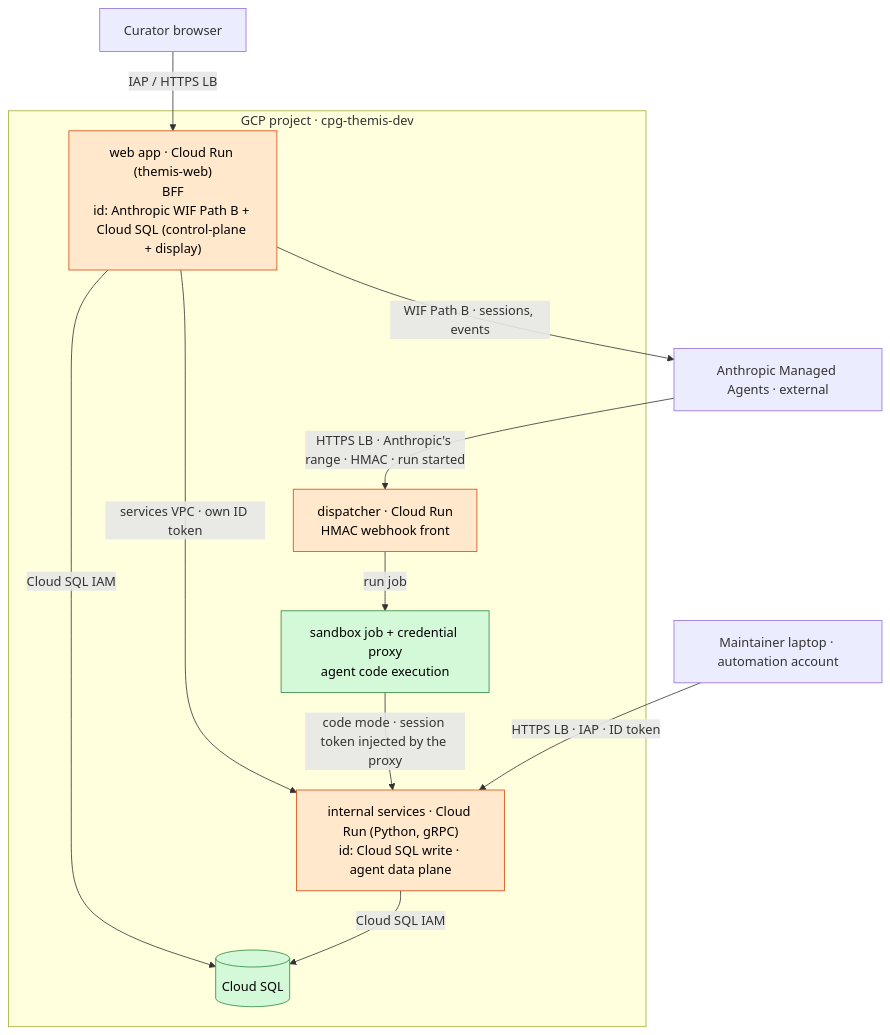
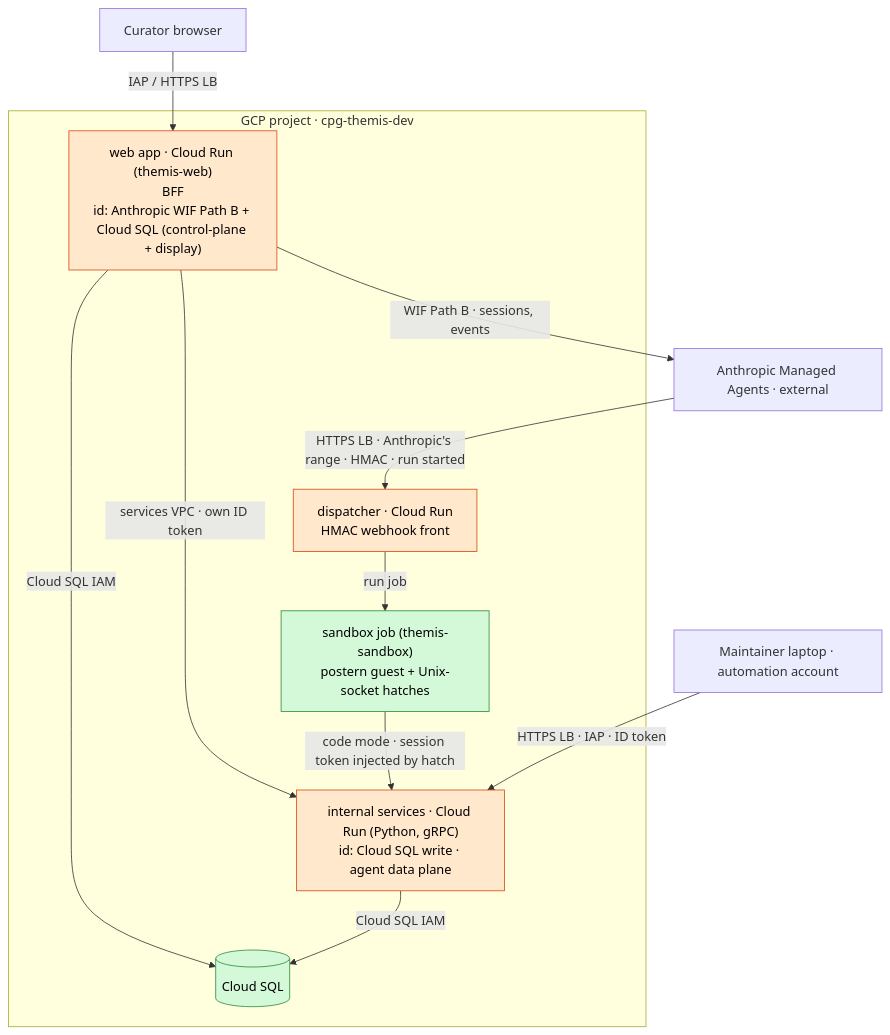
Before and after one commit to populationgenomics/themis: the diagram in docs/design/spike-infrastructure.md, drawn with Mermaid. The commit also changed other lines of this file and 2 other files, not shown here.

First line of the commit message:
docs(design): align sandbox isolation and dispatcher scope across design docs (Area 7) (#880)

````diff
--- a/docs/design/spike-infrastructure.md
+++ b/docs/design/spike-infrastructure.md
@@ -199,27 +201,27 @@
 ```mermaid
 flowchart TB
   browser["Curator browser"]
   ma["Anthropic Managed Agents · external"]
   operator["Maintainer laptop · automation account"]
   subgraph gcp["GCP project · cpg-themis-dev"]
     web["web app · Cloud Run (themis-web)<br/>BFF<br/>id: Anthropic WIF Path B + Cloud SQL (control-plane + display)"]
     disp["dispatcher · Cloud Run<br/>HMAC webhook front"]
-    sandbox["sandbox job + credential proxy<br/>agent code execution"]
+    sandbox["sandbox job (themis-sandbox)<br/>postern guest + Unix-socket hatches"]
     svc["internal services · Cloud Run (Python, gRPC)<br/>id: Cloud SQL write · agent data plane"]
     sql[("Cloud SQL")]
   end
   browser -->|"IAP / HTTPS LB"| web
   web -->|"WIF Path B · sessions, events"| ma
   ma -->|"HTTPS LB · Anthropic's range · HMAC · run started"| disp
   disp -->|"run job"| sandbox
-  sandbox -->|"code mode · session token injected by the proxy"| svc
+  sandbox -->|"code mode · session token injected by hatch"| svc
   web -->|"services VPC · own ID token"| svc
   operator -->|"HTTPS LB · IAP · ID token"| svc
   web -->|"Cloud SQL IAM"| sql
   svc -->|"Cloud SQL IAM"| sql
 
   classDef public fill:#ffe8cc,stroke:#d9480f,color:#000
   classDef internal fill:#d3f9d8,stroke:#2b8a3e,color:#000
   class web,disp,svc public
   class sandbox,sql internal
 ```
````
